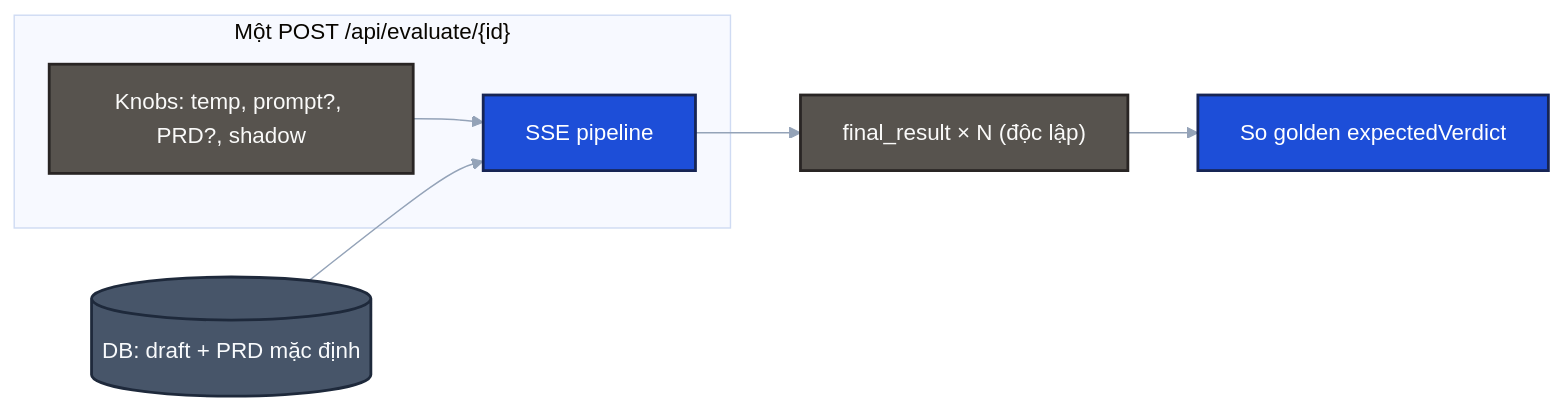
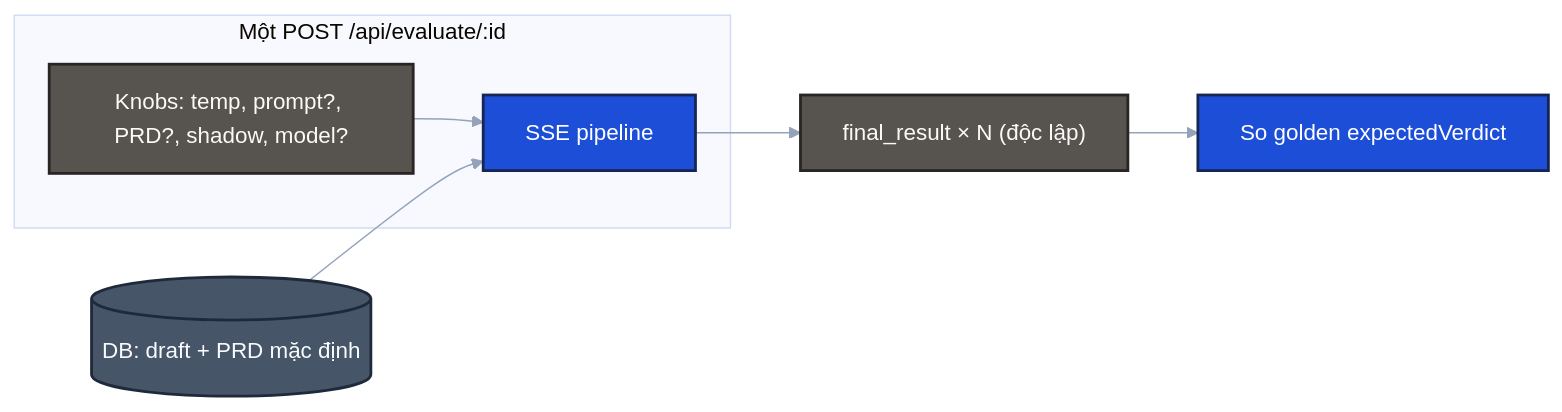
Before and after one commit to Tritintruong114/ai-agents-qa: the eighth of 8 diagrams in README.md, drawn with Mermaid. The commit also changed other lines of this file, not shown here.

First line of the commit message:
docs(readme): fix Mermaid parse errors on GitHub (path :id, calibration_router labels)

````diff
--- a/README.md
+++ b/README.md
@@ -350,14 +350,14 @@
 ```mermaid
 %%{init: {'theme':'base', 'themeVariables': {'lineColor': '#94a3b8', 'primaryTextColor': '#0f172a'}}}%%
 flowchart LR
     classDef db fill:#475569,stroke:#1e293b,color:#f8fafc,stroke-width:2px;
     classDef neutral fill:#1d4ed8,stroke:#172554,color:#ffffff,stroke-width:2px;
     classDef step fill:#57534e,stroke:#292524,color:#fafaf9,stroke-width:2px;
 
-    subgraph POST["Một POST /api/evaluate/{id}"]
-        K["Knobs: temp, prompt?, PRD?, shadow"]:::step --> E[SSE pipeline]:::neutral
+    subgraph POST["Một POST /api/evaluate/:id"]
+        K["Knobs: temp, prompt?, PRD?, shadow, model?"]:::step --> E[SSE pipeline]:::neutral
     end
     D[("DB: draft + PRD mặc định")]:::db --> E
     E --> R["final_result × N (độc lập)"]:::step
     R --> G["So golden expectedVerdict"]:::neutral
 ```
````
